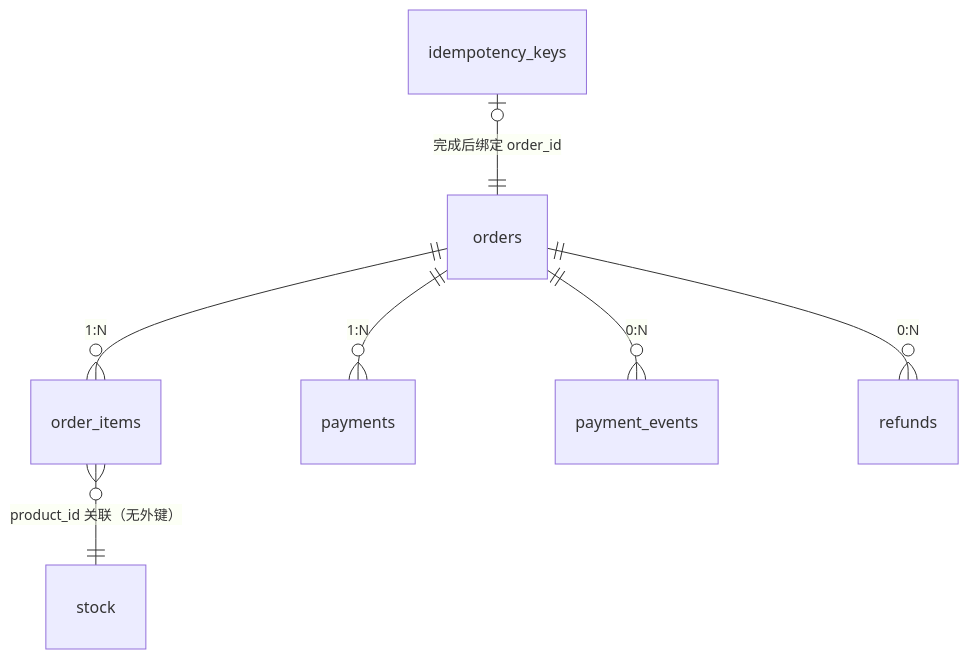
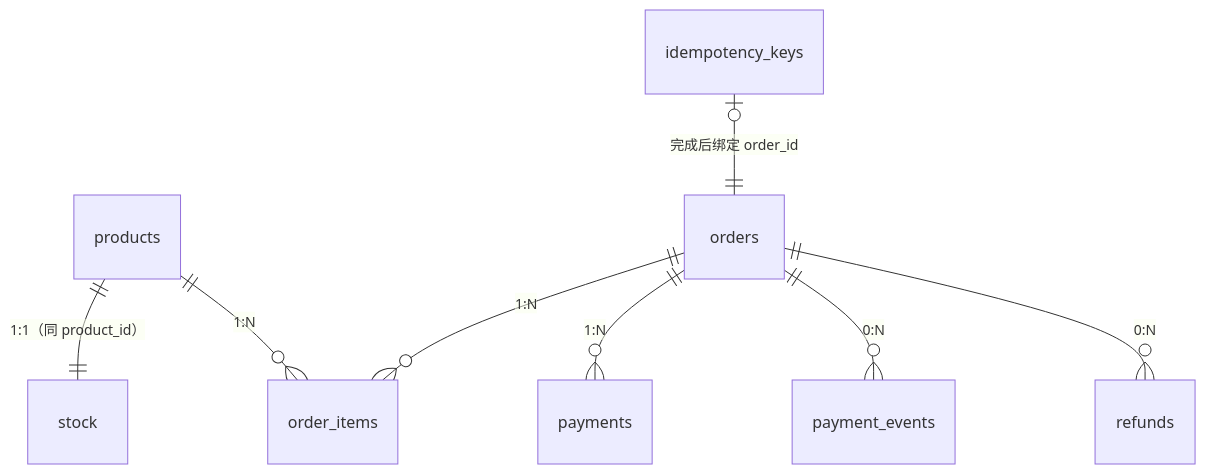
One commit to Tan-Ye/server-journey changed the diagram in projects/trade-core/docs/04-dod.md. Above: the diagram before and after it, drawn with Mermaid. The commit also changed other lines of this file and 3 other files, not shown here.

````diff
--- a/projects/trade-core/docs/04-dod.md
+++ b/projects/trade-core/docs/04-dod.md
@@ -202,9 +249,10 @@
 ```mermaid
 erDiagram
+    products ||--|| stock : "1:1（同 product_id）"
+    products ||--o{ order_items : "1:N"
     orders ||--o{ order_items : "1:N"
     orders ||--o{ payments : "1:N"
     orders ||--o{ payment_events : "0:N"
     orders ||--o{ refunds : "0:N"
-    order_items }o--|| stock : "product_id 关联（无外键）"
     idempotency_keys |o--|| orders : "完成后绑定 order_id"
 ```
````
